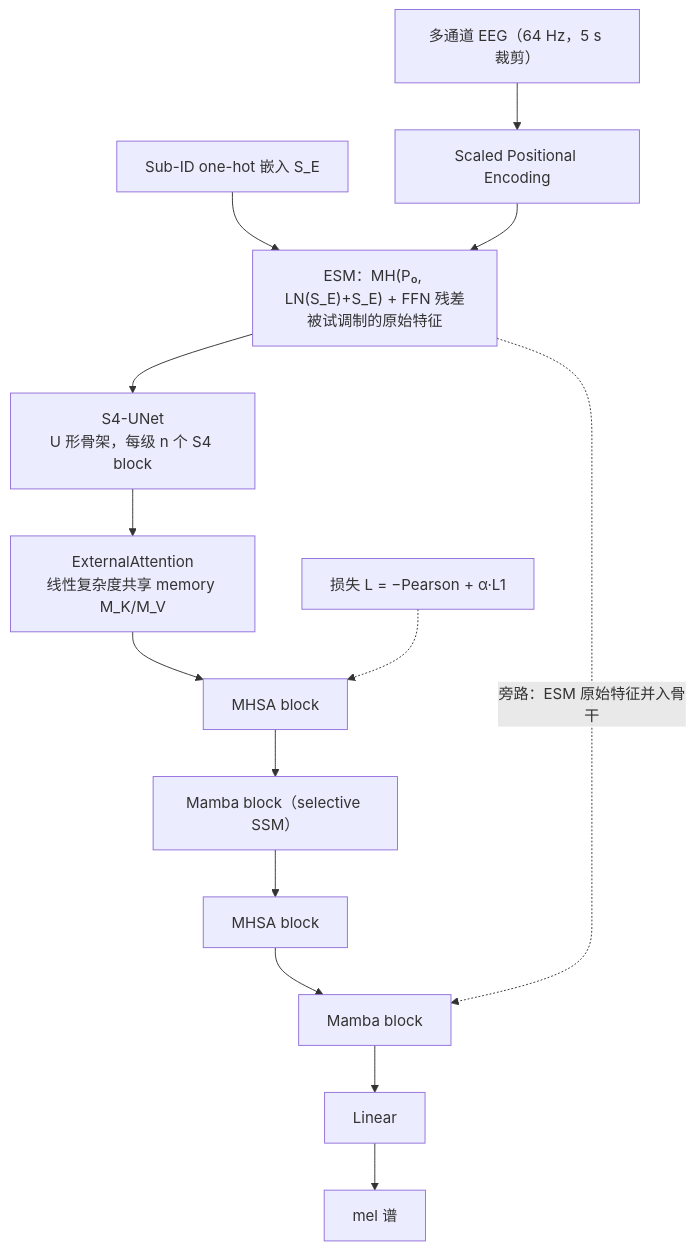
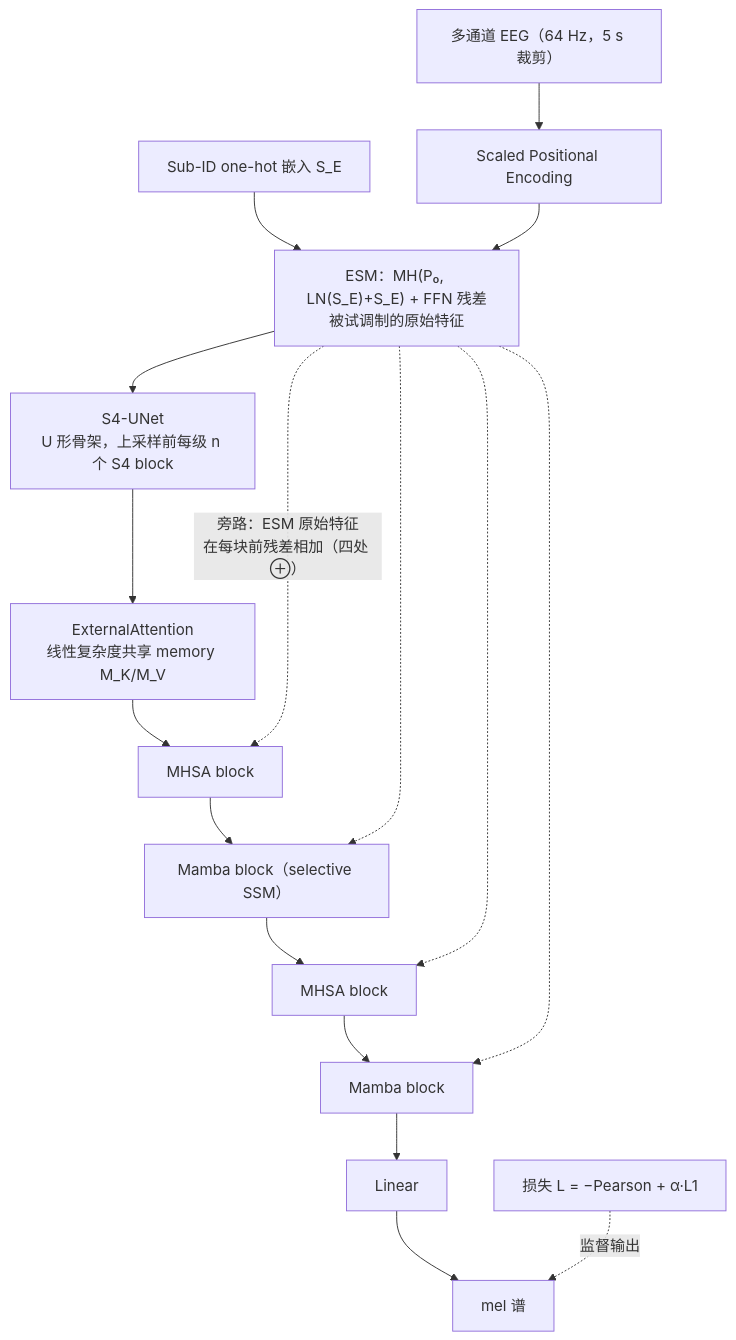
One commit to CyLin-CSU/paper-notes changed the diagram in docs/papers/2026-11/1102-ssm2mel.md. Above: the diagram before and after it, drawn with Mermaid. The commit also changed other lines of this file and 4 other files, not shown here.

Commit message:
四篇轴外笔记深审：对照 PDF 修正 14 处事实/结构错误（SSM2Mel 6 / NPI 4 / Défossez 3 / LTFT 1），补强方法消融与验证链条细节，重裁 Défossez 框架图

````diff
--- a/docs/papers/2026-11/1102-ssm2mel.md
+++ b/docs/papers/2026-11/1102-ssm2mel.md
@@ -107,15 +107,18 @@
 ```mermaid
 flowchart TD
     A["多通道 EEG（64 Hz，5 s 裁剪）"] --> B["Scaled Positional Encoding"]
     S["Sub-ID one-hot 嵌入 S_E"] --> C
     B --> C["ESM：MH(P₀, LN(S_E)+S_E) + FFN 残差<br/>被试调制的原始特征"]
-    C --> D["S4-UNet<br/>U 形骨架，每级 n 个 S4 block"]
+    C --> D["S4-UNet<br/>U 形骨架，上采样前每级 n 个 S4 block"]
     D --> E["ExternalAttention<br/>线性复杂度共享 memory M_K/M_V"]
     E --> F["MHSA block"]
     F --> G["Mamba block（selective SSM）"]
     G --> H["MHSA block"]
     H --> I["Mamba block"]
-    C -.->|"旁路：ESM 原始特征并入骨干"| I
+    C -.->|"旁路：ESM 原始特征<br/>在每块前残差相加（四处 ⊕）"| F
+    C -.-> G
+    C -.-> H
+    C -.-> I
     I --> J["Linear"] --> K["mel 谱"]
-    L["损失 L = −Pearson + α·L1"] -.-> F
+    L["损失 L = −Pearson + α·L1"] -.->|"监督输出"| K
 ```
````
